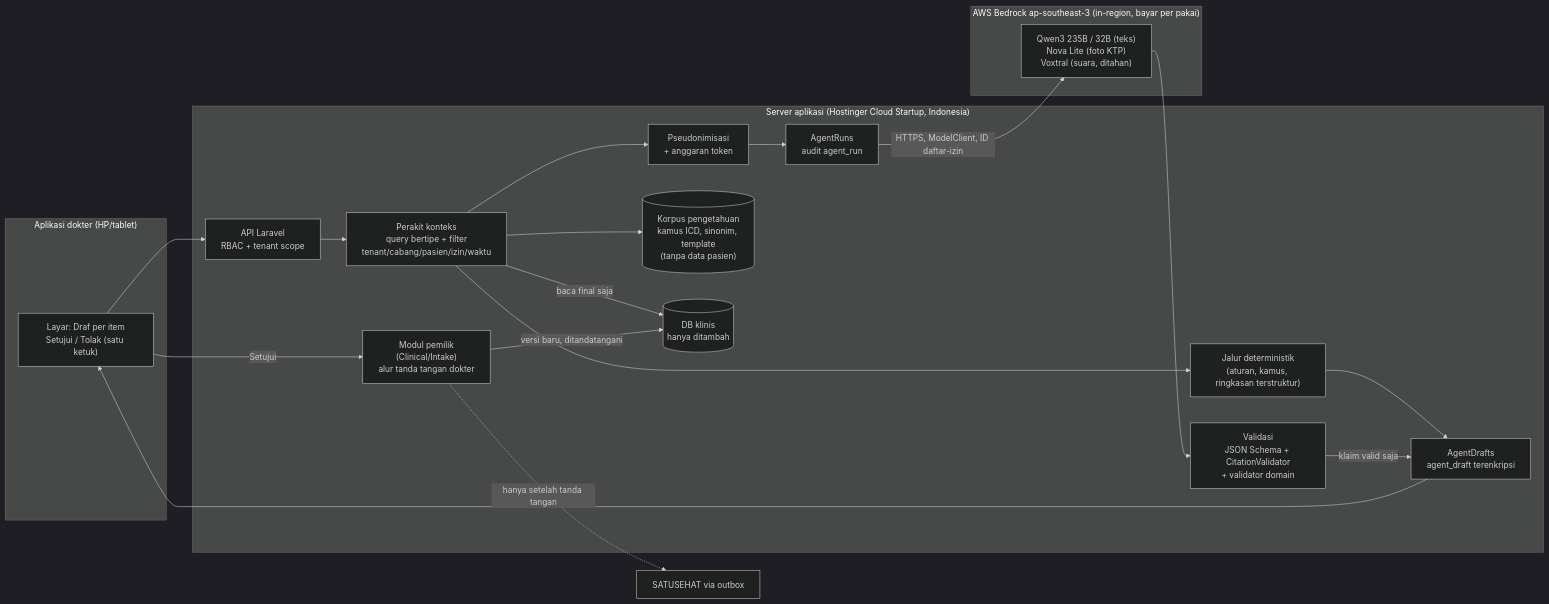
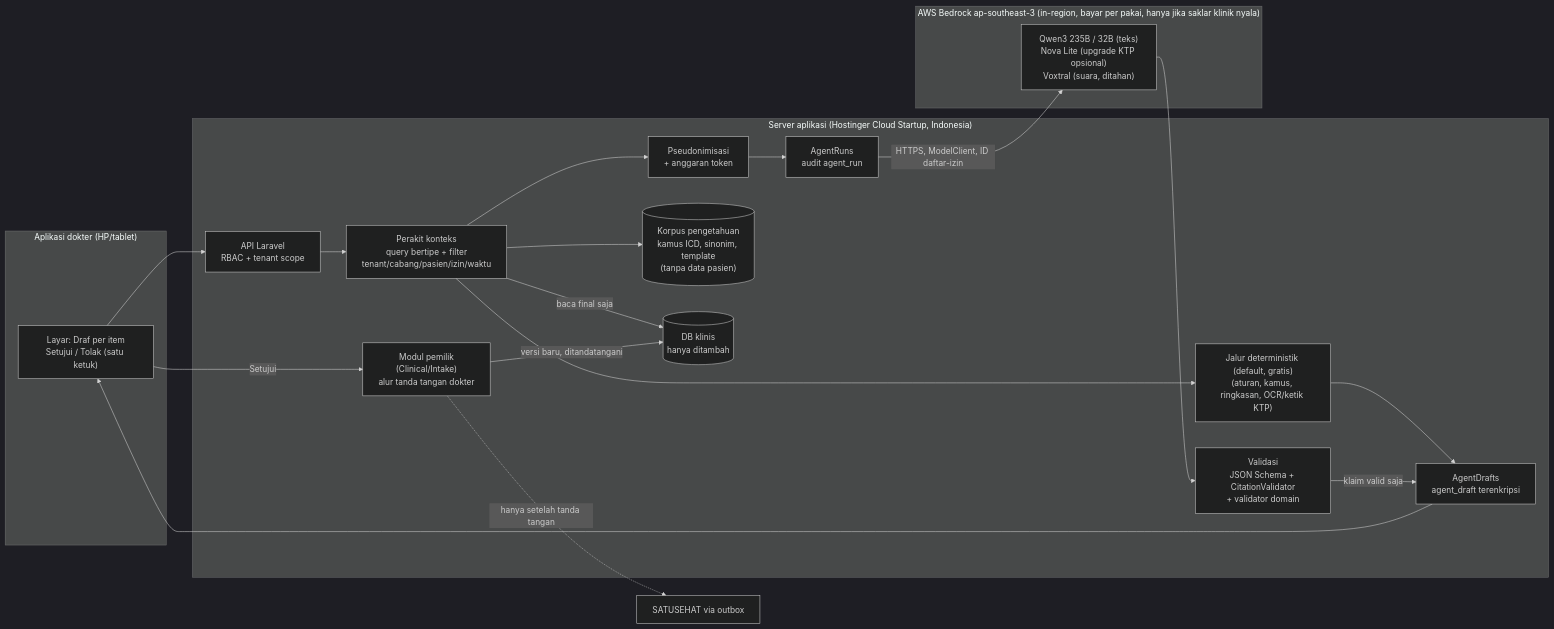
The first of 2 diagrams in docs/ai/arsitektur-ai.md (simbosimbo/Bittodent), drawn with Mermaid (dark theme) before and after one commit. The commit also changed other lines of this file, not shown here.

First line of the commit message:
docs(ai): mode gratis default, OCR KTP Tesseract, tolak free-tier luar negeri

````diff
--- a/docs/ai/arsitektur-ai.md
+++ b/docs/ai/arsitektur-ai.md
@@ -401,33 +447,33 @@
 ```mermaid
 flowchart LR
   subgraph Klien["Aplikasi dokter (HP/tablet)"]
     UI["Layar: Draf per item<br/>Setujui / Tolak (satu ketuk)"]
   end
   subgraph Server["Server aplikasi (Hostinger Cloud Startup, Indonesia)"]
     API["API Laravel<br/>RBAC + tenant scope"]
     CA["Perakit konteks<br/>query bertipe + filter<br/>tenant/cabang/pasien/izin/waktu"]
     PS["Pseudonimisasi<br/>+ anggaran token"]
-    DET["Jalur deterministik<br/>(aturan, kamus, ringkasan terstruktur)"]
+    DET["Jalur deterministik (default, gratis)<br/>(aturan, kamus, ringkasan, OCR/ketik KTP)"]
     AR["AgentRuns<br/>audit agent_run"]
     VAL["Validasi<br/>JSON Schema + CitationValidator<br/>+ validator domain"]
     AD["AgentDrafts<br/>agent_draft terenkripsi"]
     OWN["Modul pemilik<br/>(Clinical/Intake)<br/>alur tanda tangan dokter"]
     KB[("Korpus pengetahuan<br/>kamus ICD, sinonim, template<br/>(tanpa data pasien)")]
     DB[("DB klinis<br/>hanya ditambah")]
   end
-  subgraph Jakarta["AWS Bedrock ap-southeast-3 (in-region, bayar per pakai)"]
-    BR["Qwen3 235B / 32B (teks)<br/>Nova Lite (foto KTP)<br/>Voxtral (suara, ditahan)"]
+  subgraph Jakarta["AWS Bedrock ap-southeast-3 (in-region, bayar per pakai, hanya jika saklar klinik nyala)"]
+    BR["Qwen3 235B / 32B (teks)<br/>Nova Lite (upgrade KTP opsional)<br/>Voxtral (suara, ditahan)"]
   end
   UI --> API --> CA
   CA -->|baca final saja| DB
   CA --> KB
   CA --> DET
   CA --> PS --> AR
   AR -->|HTTPS, ModelClient, ID daftar-izin| BR
   BR --> VAL
   DET --> AD
   VAL -->|klaim valid saja| AD
   AD --> UI
   UI -->|Setujui| OWN -->|versi baru, ditandatangani| DB
   OWN -.->|hanya setelah tanda tangan| SATU["SATUSEHAT via outbox"]
 ```
````
